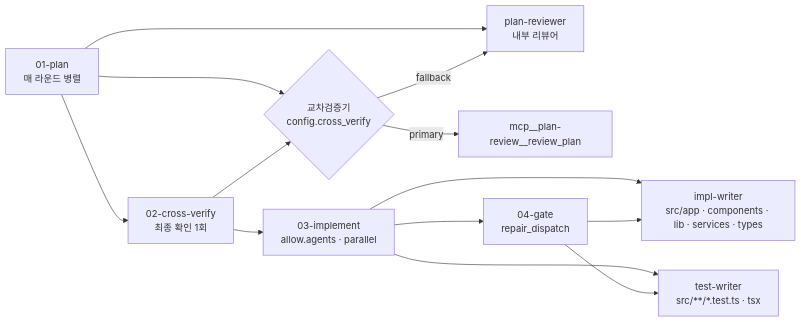
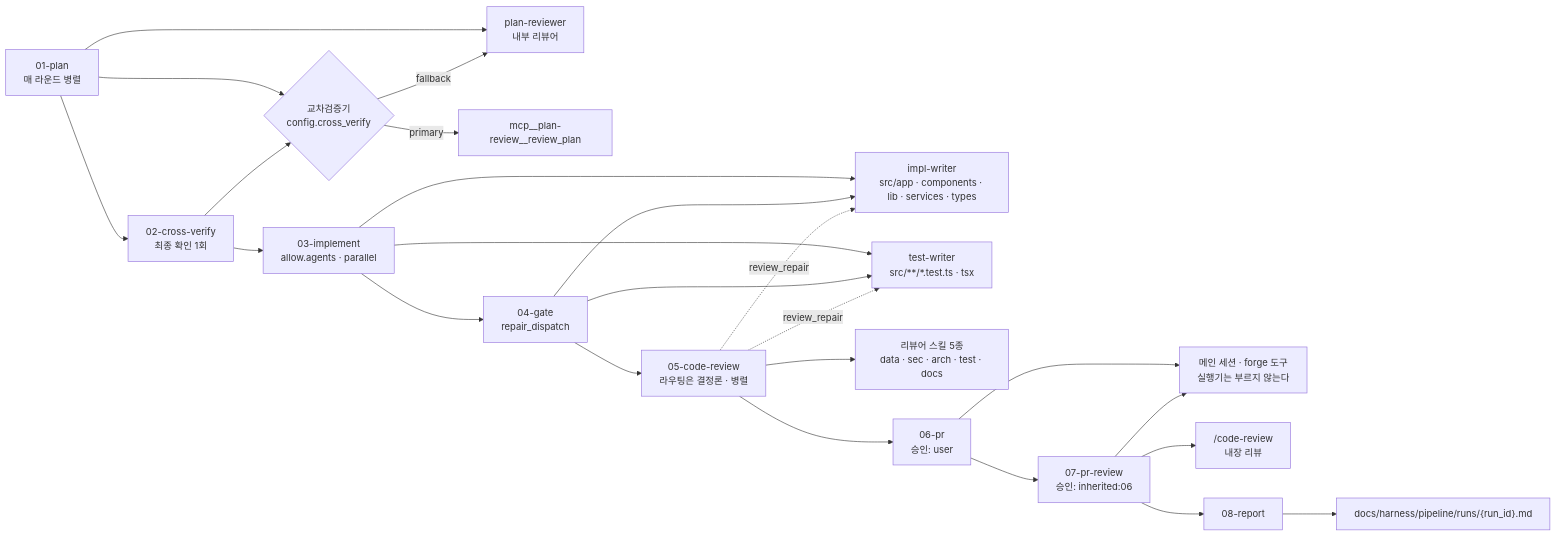
The third of 3 diagrams in docs/PIPELINE-LOG.md (hyuham1335-stack/shelfie-app), drawn with Mermaid before and after one commit. The commit also changed other lines of this file and 21 other files, not shown here.

````diff
--- a/docs/PIPELINE-LOG.md
+++ b/docs/PIPELINE-LOG.md
@@ -318,14 +397,21 @@
 ```mermaid
 flowchart LR
     P1["01-plan<br/>매 라운드 병렬"] --> R1["plan-reviewer<br/>내부 리뷰어"]
     P1 --> XV{"교차검증기<br/>config.cross_verify"}
     XV -->|primary| MCP["mcp__plan-review__review_plan"]
     XV -->|fallback| R1
     P2["02-cross-verify<br/>최종 확인 1회"] --> XV
     P3["03-implement<br/>allow.agents · parallel"] --> IW["impl-writer<br/>src/app · components · lib · services · types"]
     P3 --> TW["test-writer<br/>src/**/*.test.ts · tsx"]
     P4["04-gate<br/>repair_dispatch"] --> IW
     P4 --> TW
+    P5["05-code-review<br/>라우팅은 결정론 · 병렬"] --> RV["리뷰어 스킬 5종<br/>data · sec · arch · test · docs"]
+    P5 -.review_repair.-> IW
+    P5 -.review_repair.-> TW
+    P6["06-pr<br/>승인: user"] --> FG["메인 세션 · forge 도구<br/>실행기는 부르지 않는다"]
+    P7["07-pr-review<br/>승인: inherited:06"] --> FG
+    P7 --> CR["/code-review<br/>내장 리뷰"]
+    P8["08-report"] --> RUN["docs/harness/pipeline/runs/{run_id}.md"]
 
-    P1 --> P2 --> P3 --> P4
+    P1 --> P2 --> P3 --> P4 --> P5 --> P6 --> P7 --> P8
 ```
````
